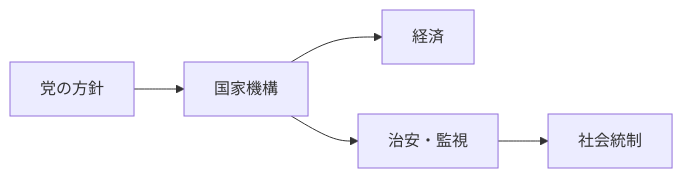
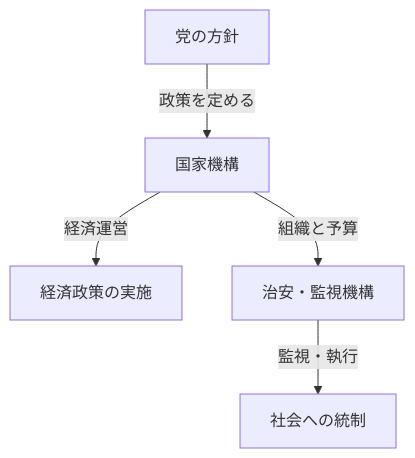
The third of 4 diagrams in articles/report/china-geopolitical-profile/ja/index.mdx (daylight55/research), drawn with Mermaid before and after one commit. The commit also changed other lines of this file and 181 other files, not shown here.

First line of the commit message:
全記事の図解368点を再生成し、共通注意書きを削除 (#402)

````diff
--- a/articles/report/china-geopolitical-profile/ja/index.mdx
+++ b/articles/report/china-geopolitical-profile/ja/index.mdx
@@ -81,7 +92,14 @@
 ```mermaid
-flowchart LR
-  A["党の方針"] --> B["国家機構"]
-  B --> C["経済"]
-  B --> D["治安・監視"]
-  D --> E["社会統制"]
+flowchart TD
+  accTitle: 党の方針が経済と社会統制へ届く経路
+  accDescr: 国家機構を介する政策実施と、治安・監視を介する社会統制を分けて示す。
+  N0["党の方針"]
+  N1["国家機構"]
+  N2["経済政策の実施"]
+  N3["治安・監視機構"]
+  N4["社会への統制"]
+  N0 -->|政策を定める| N1
+  N1 -->|経済運営| N2
+  N1 -->|組織と予算| N3
+  N3 -->|監視・執行| N4
 ```
````
